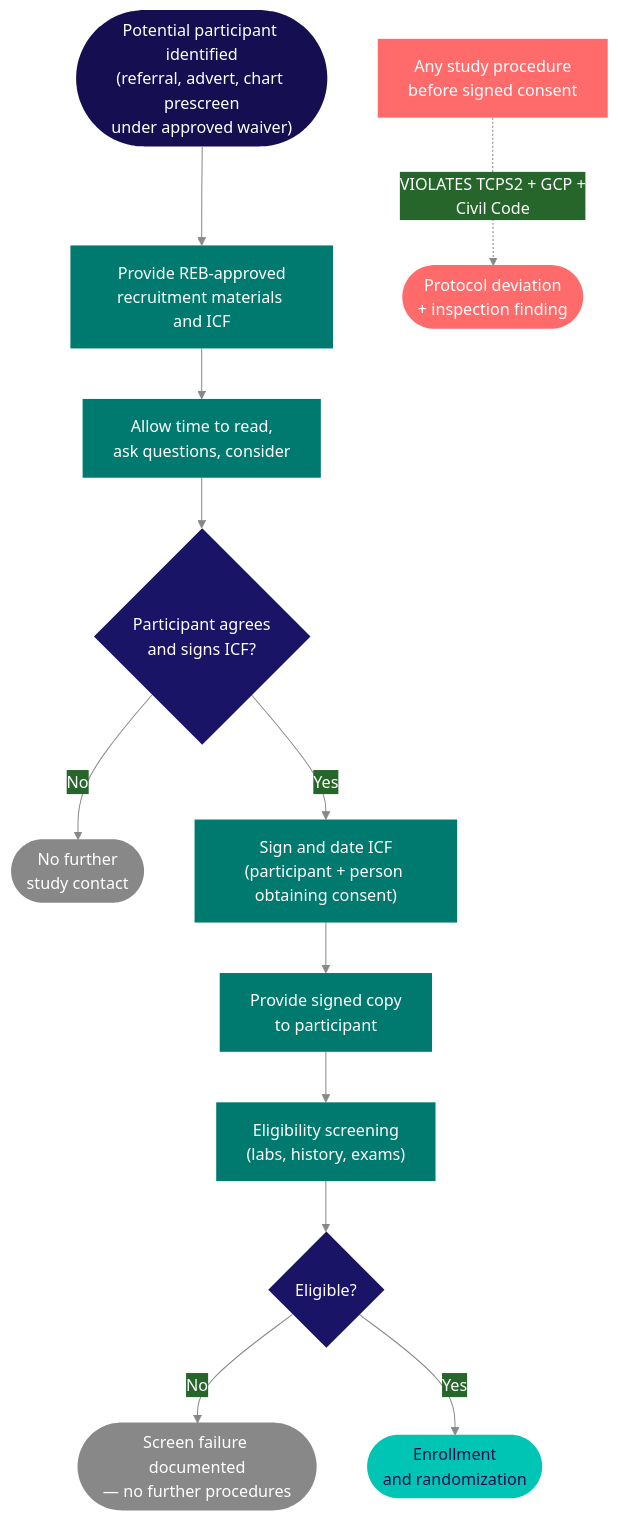
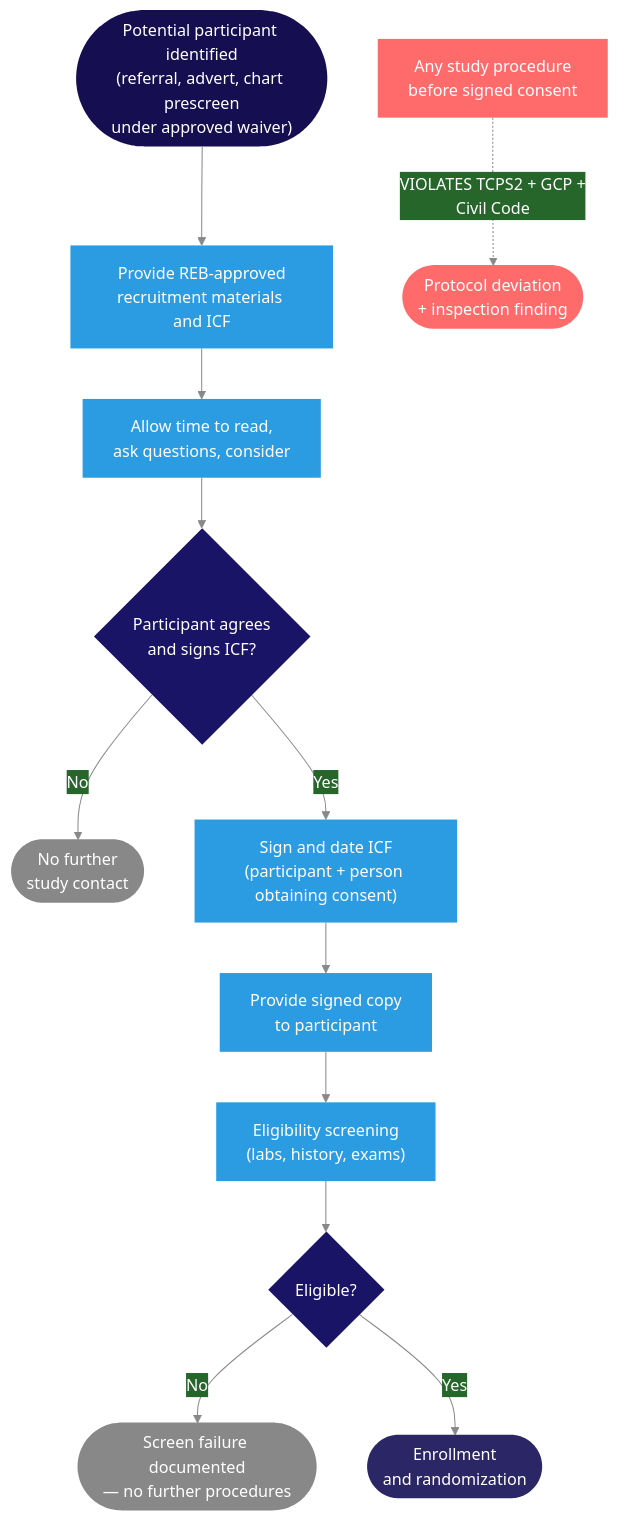
Before and after one commit to matthewfiorentino/docs: the first of 2 diagrams in kb/consent.mdx, drawn with Mermaid. The commit also changed other lines of this file and 36 other files, not shown here.

````diff
--- a/kb/consent.mdx
+++ b/kb/consent.mdx
@@ -14,30 +14,30 @@
 ```mermaid
 %%{init: {'theme':'base','themeVariables':{'primaryColor':'#2b2666','primaryTextColor':'#ffffff','primaryBorderColor':'#2b2666','lineColor':'#888','fontFamily':'system-ui,sans-serif'}}}%%
 flowchart TD
     A(["Potential participant identified<br/>(referral, advert, chart prescreen<br/>under approved waiver)"]) --> B["Provide REB-approved<br/>recruitment materials and ICF"]
     B --> C["Allow time to read,<br/>ask questions, consider"]
     C --> D{"Participant agrees<br/>and signs ICF?"}
     D -->|"No"| X(["No further<br/>study contact"])
     D -->|"Yes"| E["Sign and date ICF<br/>(participant + person obtaining consent)"]
     E --> F["Provide signed copy<br/>to participant"]
     F --> G["Eligibility screening<br/>(labs, history, exams)"]
     G --> H{"Eligible?"}
     H -->|"No"| Y(["Screen failure documented<br/>— no further procedures"])
     H -->|"Yes"| I(["Enrollment<br/>and randomization"])
 
     Z["Any study procedure<br/>before signed consent"]:::warn -.->|"VIOLATES TCPS2 + GCP +<br/>Civil Code"| RED([" Protocol deviation<br/>+ inspection finding"]):::warn
 
     classDef warn fill:#ff6b6b,color:#fff,stroke:none
 
     style A fill:#150e51,color:#fff,stroke:none
-    style B fill:#007a6e,color:#fff,stroke:none
-    style C fill:#007a6e,color:#fff,stroke:none
+    style B fill:#2b9ce2,color:#fff,stroke:none
+    style C fill:#2b9ce2,color:#fff,stroke:none
     style D fill:#1a1466,color:#fff,stroke:none
-    style E fill:#007a6e,color:#fff,stroke:none
-    style F fill:#007a6e,color:#fff,stroke:none
-    style G fill:#007a6e,color:#fff,stroke:none
+    style E fill:#2b9ce2,color:#fff,stroke:none
+    style F fill:#2b9ce2,color:#fff,stroke:none
+    style G fill:#2b9ce2,color:#fff,stroke:none
     style H fill:#1a1466,color:#fff,stroke:none
-    style I fill:#00c4b4,color:#150e51,stroke:none
+    style I fill:#2b2666,color:#fff,stroke:none
     style X fill:#888,color:#fff,stroke:none
     style Y fill:#888,color:#fff,stroke:none
 ```
````
